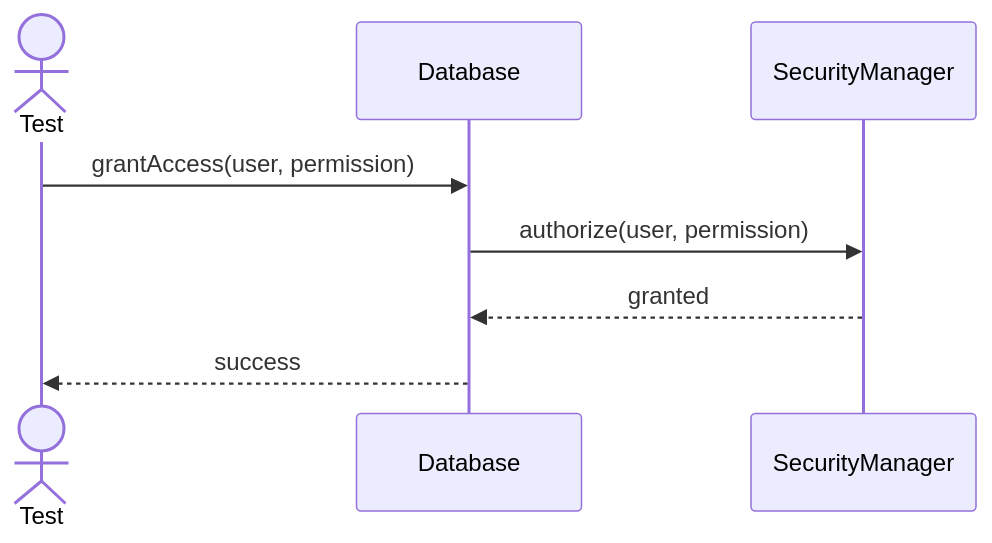
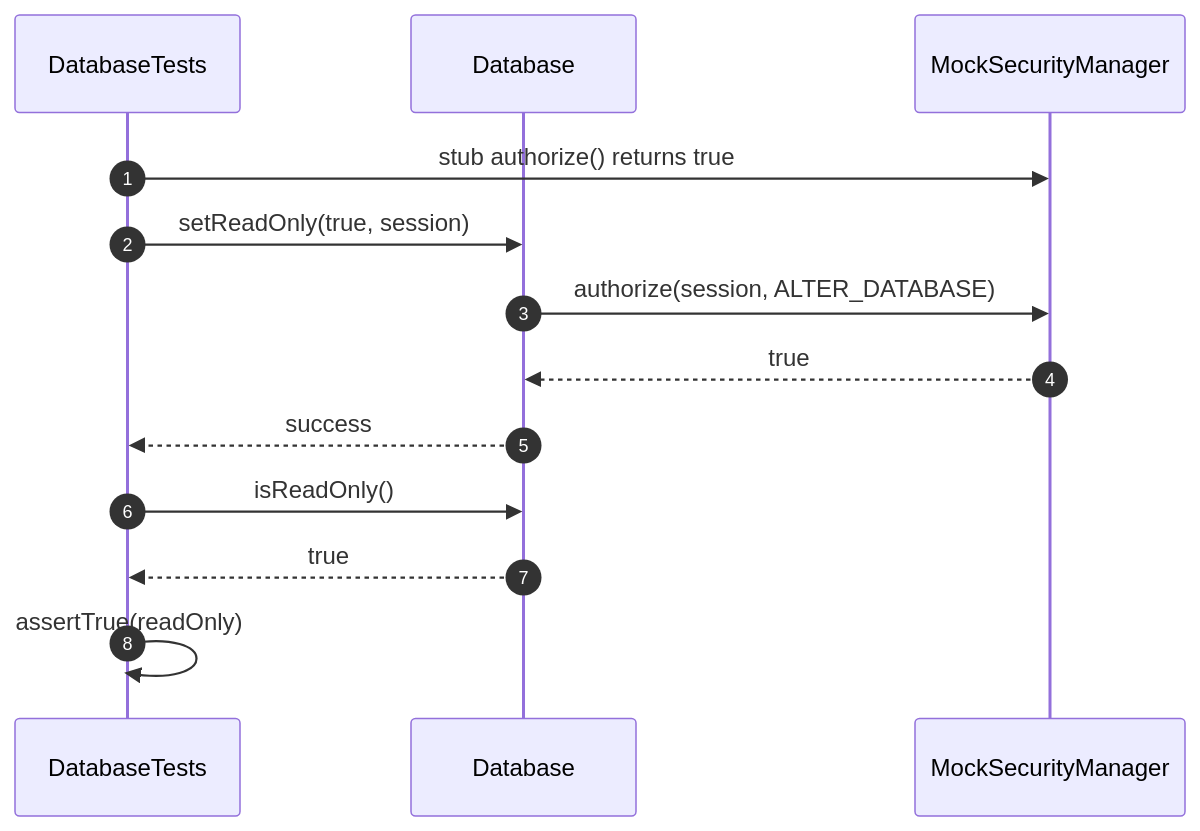
The sixth of 25 diagrams in src/tests/unit/database/sequences/database-testing.se.md (FhuAnn/-bbv-AN-s-DBMS), drawn with Mermaid before and after one commit. The commit also changed other lines of this file and 28 other files, not shown here.

Commit message:
edit db sequence, dbtest

````diff
--- a/src/tests/unit/database/sequences/database-testing.se.md
+++ b/src/tests/unit/database/sequences/database-testing.se.md
@@ -91,11 +136,21 @@
 ```mermaid
 sequenceDiagram
-actor Test
-participant Database
-participant SecurityManager
+    autonumber
 
-Test->>Database: grantAccess(user, permission)
-Database->>SecurityManager: authorize(user, permission)
-SecurityManager-->>Database: granted
-Database-->>Test: success
+    participant Test as DatabaseTests
+    participant Database
+    participant Security as MockSecurityManager
+
+    Test->>Security: stub authorize() returns true
+    Test->>Database: setReadOnly(true, session)
+
+    Database->>Security: authorize(session, ALTER_DATABASE)
+    Security-->>Database: true
+
+    Database-->>Test: success
+
+    Test->>Database: isReadOnly()
+    Database-->>Test: true
+
+    Test->>Test: assertTrue(readOnly)
 ```
````
